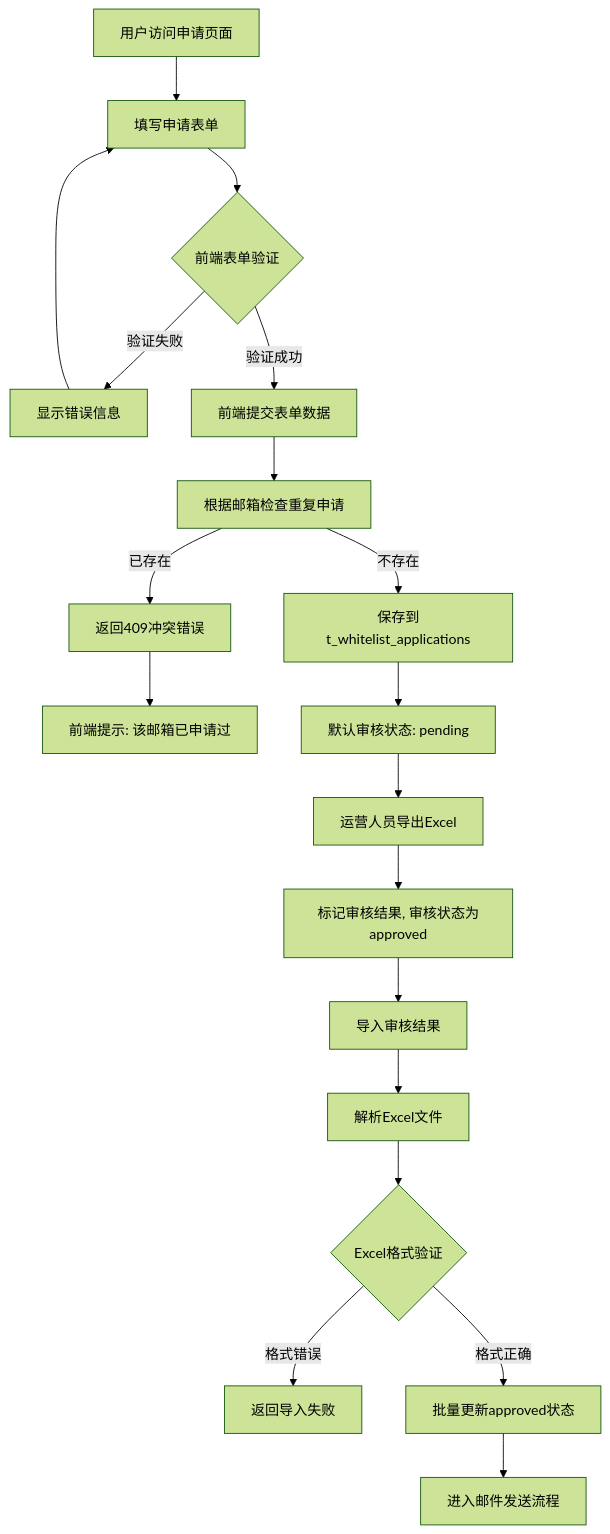
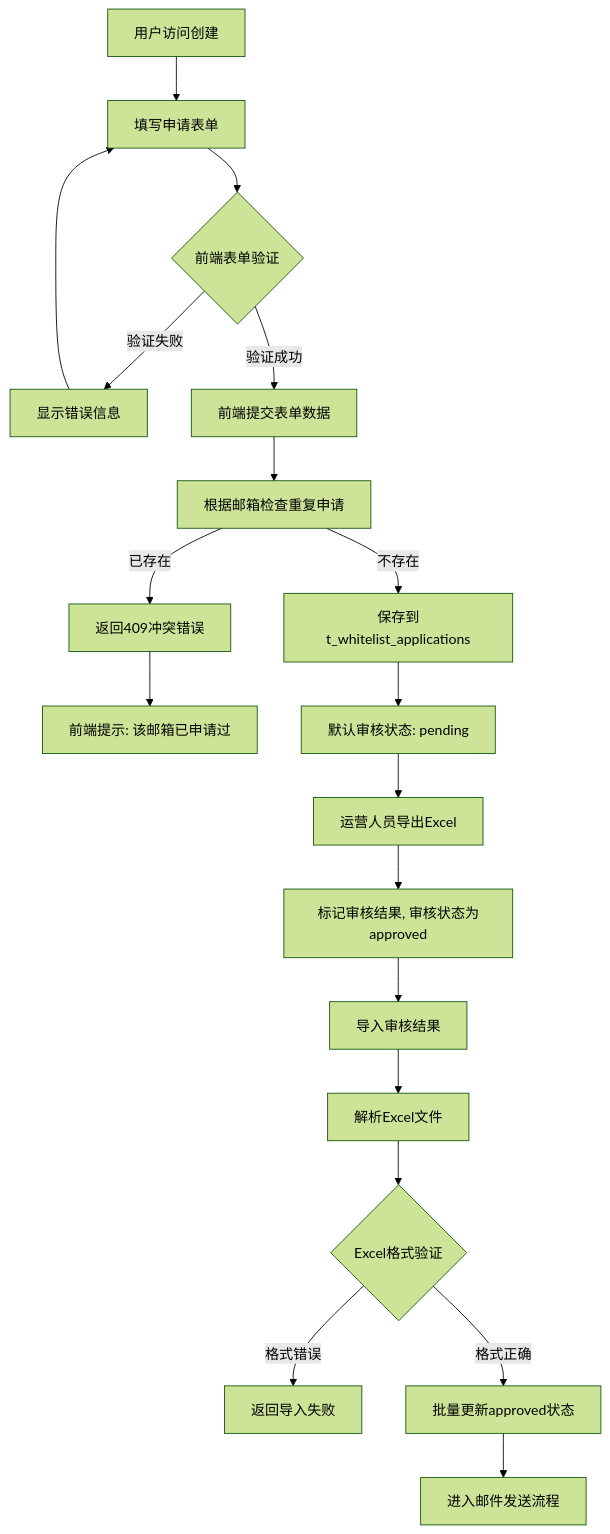
The diagram in all/未命名-72.md (yingjianzh/iodraw-files), drawn with Mermaid (forest theme) before and after one commit.

Commit message:
2025-07-03 18:11:16 update

````diff
--- a/all/未命名-72.md
+++ b/all/未命名-72.md
@@ -1,24 +1,24 @@
 ```mermaid
 
 flowchart TD
-    A[用户访问申请页面] --> B[填写申请表单]
+    A[用户访问创建] --> B[填写申请表单]
     B --> C{前端表单验证}
     C -->|验证失败| D[显示错误信息]
     D --> B
     C -->|验证成功| E[前端提交表单数据]
     E --> F[根据邮箱检查重复申请]
     F -->|已存在| G[返回409冲突错误]
     G --> H[前端提示: 该邮箱已申请过]
     F -->|不存在| I[保存到t_whitelist_applications]
     I --> K[默认审核状态: pending]
     
     K --> P[运营人员导出Excel]
     P --> S[标记审核结果, 审核状态为approved]
     S --> T[导入审核结果]
     T --> T2[解析Excel文件]
     T2 --> T3{Excel格式验证}
     T3 -->|格式错误| T4[返回导入失败]
     T3 -->|格式正确| U[批量更新approved状态]
     U --> V[进入邮件发送流程]
 
 ```
````
